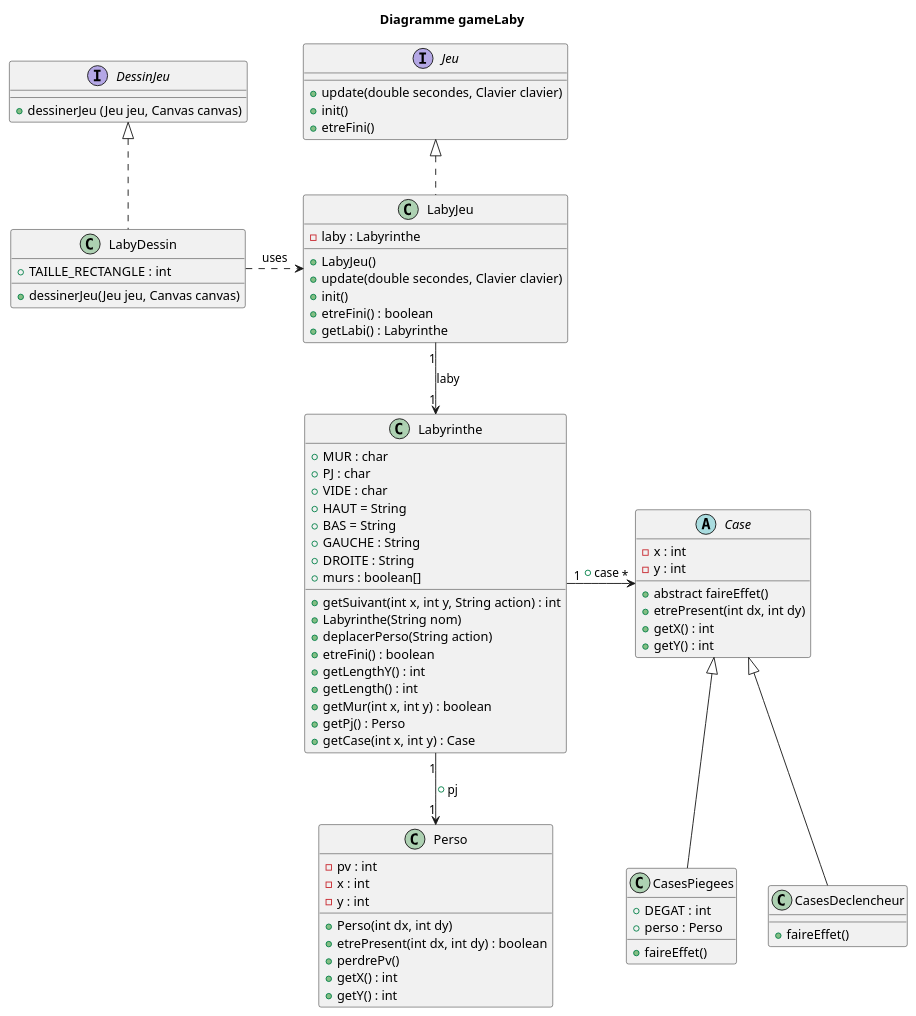
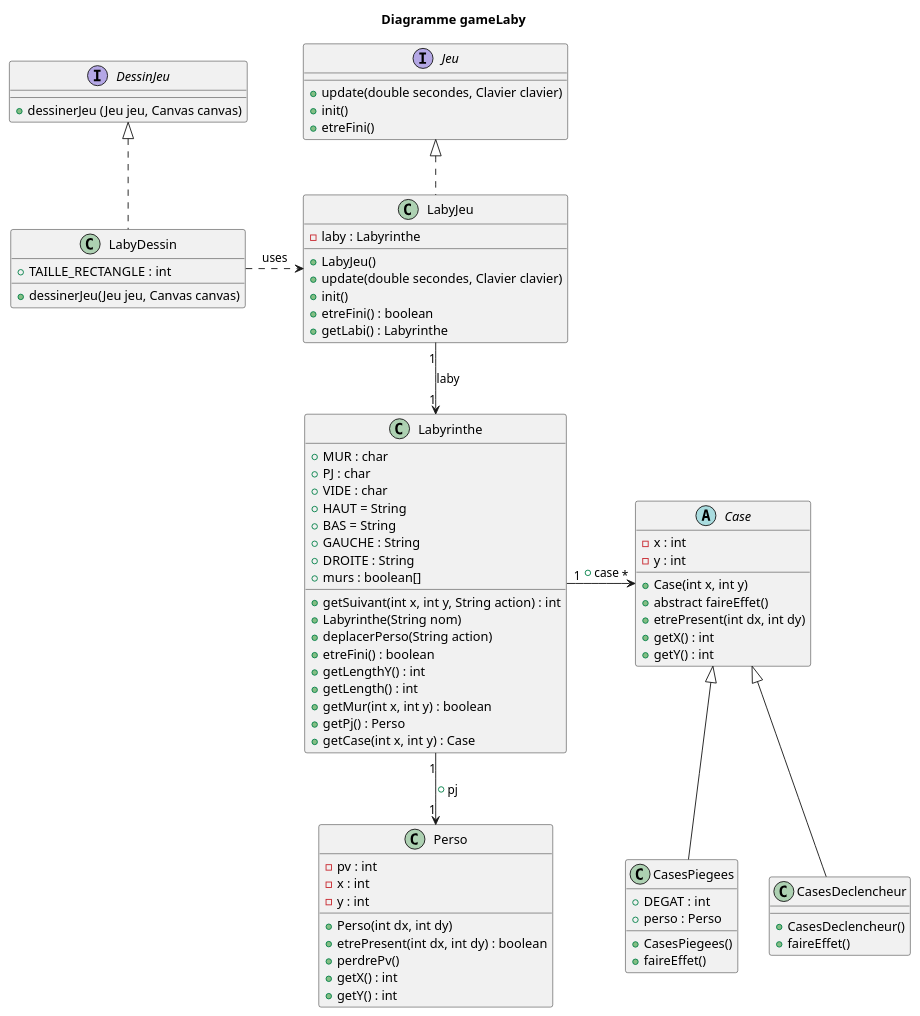
Before and after one commit to Cedran-Bastien/2022_Zeldiablo_Retter_Perez_Hergott_Bastien: the diagram in zeldiablo/src/diag_classe_Case.puml, drawn with PlantUML. The commit also changed 1 other file, not shown here.

Commit message:
modification diag classe case

```diff
--- a/zeldiablo/src/diag_classe_Case.puml
+++ b/zeldiablo/src/diag_classe_Case.puml
@@ -1,91 +1,94 @@
 @startuml
 'https://plantuml.com/class-diagram
 
 title Diagramme gameLaby
 
 interface Jeu {
     +update(double secondes, Clavier clavier)
     +init()
     +etreFini()
     }
 
 interface DessinJeu {
     +dessinerJeu (Jeu jeu, Canvas canvas)
     }
 
 
 
 class LabyDessin{
     +TAILLE_RECTANGLE : int
     +dessinerJeu(Jeu jeu, Canvas canvas)
 }
 
 class LabyJeu{
     -laby : Labyrinthe
     +LabyJeu()
     +update(double secondes, Clavier clavier)
     +init()
     +etreFini() : boolean
     +getLabi() : Labyrinthe
     }
 
 class Perso{
     -pv : int
     -x : int
     -y : int
     +Perso(int dx, int dy)
     +etrePresent(int dx, int dy) : boolean
     +perdrePv()
     +getX() : int
     +getY() : int
     }
 
 class Labyrinthe{
     +MUR : char
     +PJ : char
     +VIDE : char
     +HAUT = String
     +BAS = String
     +GAUCHE : String
     +DROITE : String
     +murs : boolean[]
     +getSuivant(int x, int y, String action) : int
     +Labyrinthe(String nom)
     +deplacerPerso(String action)
     +etreFini() : boolean
      +getLengthY() : int
      +getLength() : int
      +getMur(int x, int y) : boolean
      +getPj() : Perso
      +getCase(int x, int y) : Case
     }
 
 abstract Case{
     - x : int
     - y : int
+    + Case(int x, int y)
     + abstract faireEffet()
     + etrePresent(int dx, int dy)
     + getX() : int
     + getY() : int
 }
 
 class CasesDeclencheur{
+    +CasesDeclencheur()
     + faireEffet()
 }
 
 class CasesPiegees{
     + DEGAT : int
     + perso : Perso
+    + CasesPiegees()
     + faireEffet()
 }
 
 DessinJeu <|.. LabyDessin
 Jeu <|.. LabyJeu
 Labyrinthe "1" --> "1" Perso : +pj
 Labyrinthe "1" -> "*" Case : +case
 LabyDessin .> LabyJeu : uses
 LabyJeu "1" --> "1" Labyrinthe : laby
 Case <|-- CasesDeclencheur
 Case <|-- CasesPiegees
 
 @enduml
```
